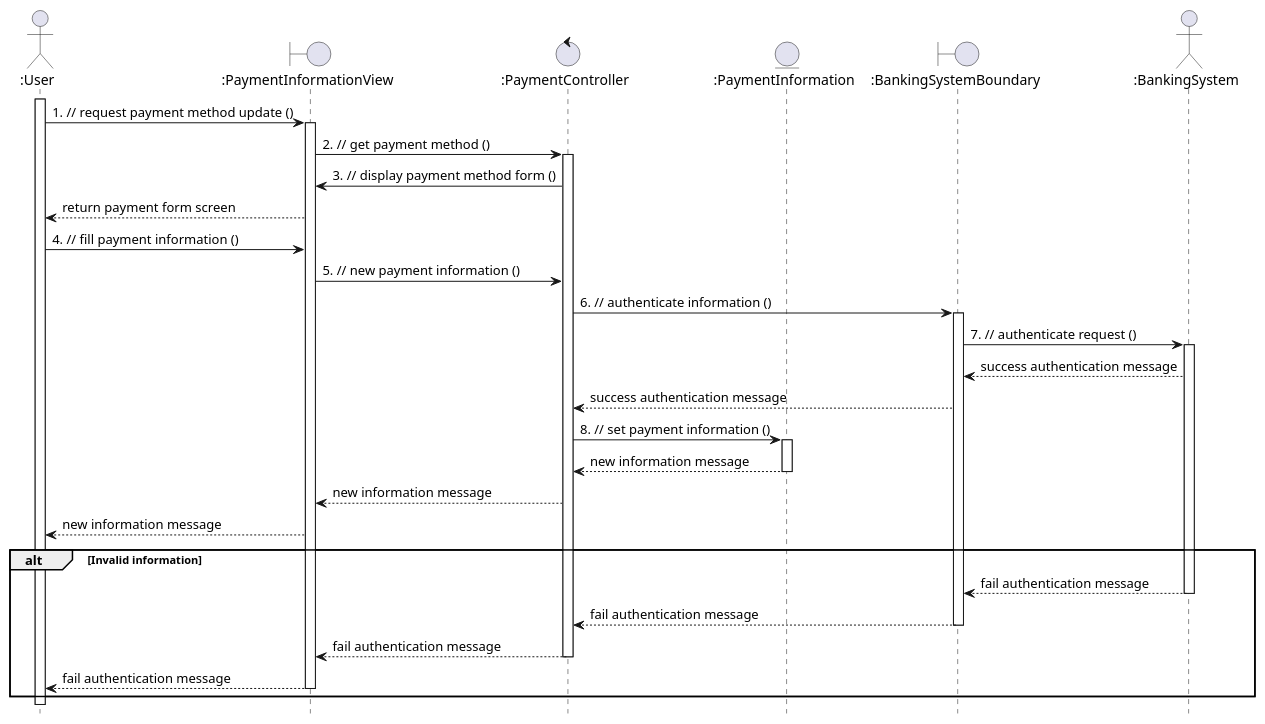
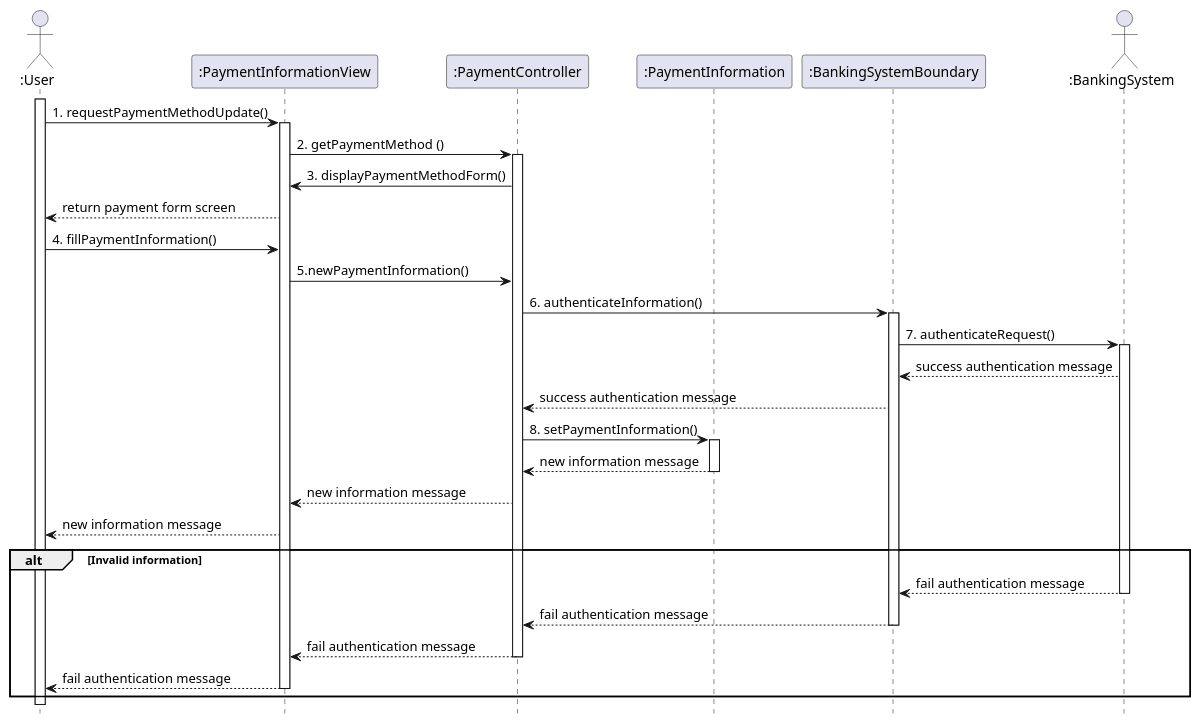
The diagram in uml/design/sequence/linh/update_payment_information.pu (anhbanlinhle/velocity-exchange), drawn with PlantUML before and after one commit.

Commit message:
doc[lynn]: base convert vopc no. 4

```diff
--- a/uml/design/sequence/linh/update_payment_information.pu
+++ b/uml/design/sequence/linh/update_payment_information.pu
@@ -1,49 +1,49 @@
 @startuml UC_4
 hide footbox
 
 
 actor ":User" as User
-boundary ":PaymentInformationView" as PaymentInformationView
-control ":PaymentController" as PaymentController
-entity ":PaymentInformation" as PaymentInformation
-boundary ":BankingSystemBoundary" as BankingSystemBoundary
+participant ":PaymentInformationView" as PaymentInformationView
+participant ":PaymentController" as PaymentController
+participant ":PaymentInformation" as PaymentInformation
+participant ":BankingSystemBoundary" as BankingSystemBoundary
 actor ":BankingSystem" as BankingSystem
 
 User ++
-  User -> PaymentInformationView : 1. // request payment method update ()
+  User -> PaymentInformationView : 1. requestPaymentMethodUpdate()
   activate PaymentInformationView
-    PaymentInformationView -> PaymentController : 2. // get payment method ()
+    PaymentInformationView -> PaymentController : 2. getPaymentMethod ()
     activate PaymentController
-      PaymentController -> PaymentInformationView: 3. // display payment method form ()
+      PaymentController -> PaymentInformationView: 3. displayPaymentMethodForm()
       PaymentInformationView --> User: return payment form screen
-  User -> PaymentInformationView: 4. // fill payment information ()
-    PaymentInformationView -> PaymentController: 5. // new payment information ()
-      PaymentController -> BankingSystemBoundary: 6. // authenticate information ()
+  User -> PaymentInformationView: 4. fillPaymentInformation()
+    PaymentInformationView -> PaymentController: 5.newPaymentInformation()
+      PaymentController -> BankingSystemBoundary: 6. authenticateInformation()
       activate BankingSystemBoundary
-        BankingSystemBoundary -> BankingSystem: 7. // authenticate request ()
+        BankingSystemBoundary -> BankingSystem: 7. authenticateRequest()
         activate BankingSystem
           BankingSystem --> BankingSystemBoundary: success authentication message
         BankingSystemBoundary --> PaymentController: success authentication message
-      PaymentController -> PaymentInformation: 8. // set payment information ()
+      PaymentController -> PaymentInformation: 8. setPaymentInformation()
       activate PaymentInformation
         PaymentInformation --> PaymentController: new information message
       deactivate PaymentInformation
       PaymentController --> PaymentInformationView: new information message
     PaymentInformationView --> User: new information message
 
 alt Invalid information
   
   BankingSystem --> BankingSystemBoundary: fail authentication message
   BankingSystem --
     BankingSystemBoundary --> PaymentController: fail authentication message
     
   deactivate BankingSystemBoundary
     PaymentController --> PaymentInformationView: fail authentication message
     
   deactivate PaymentController
     PaymentInformationView --> User: fail authentication message
     
   deactivate PaymentInformationView
 end
 
 @enduml
```
